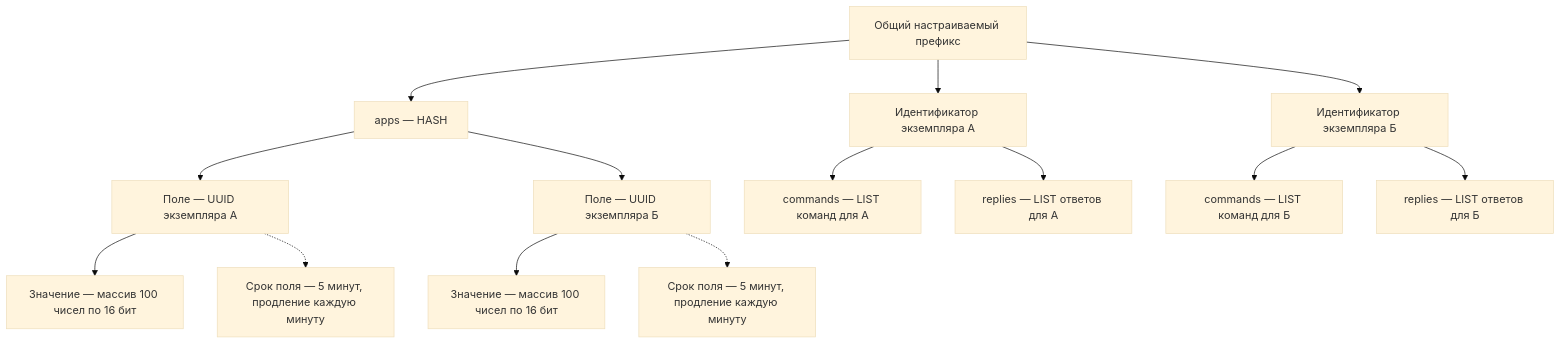
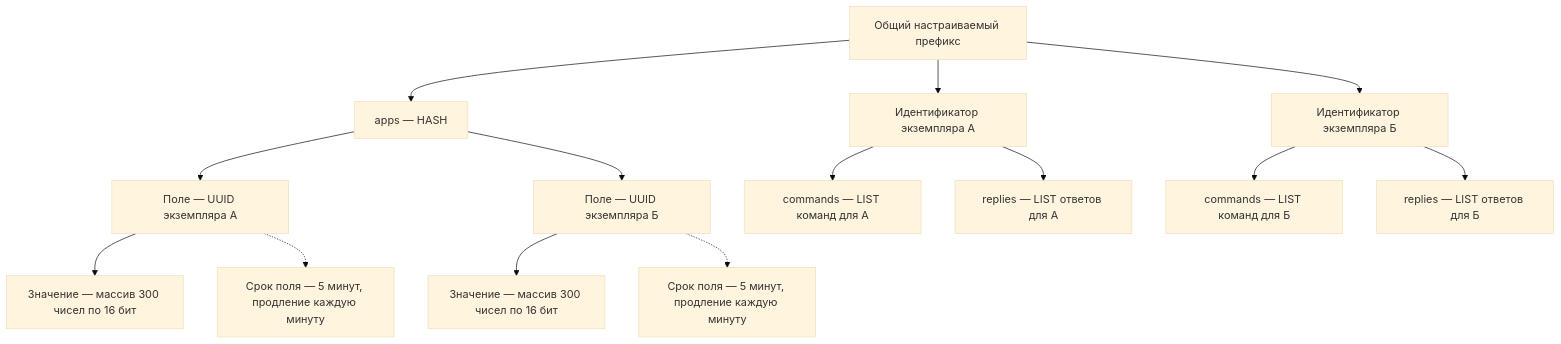
One commit to WS68/KafkaTestingREST changed the second of 2 diagrams in future/parallel-replicas.md. Above: the diagram before and after it, drawn with Mermaid (base theme). The commit also changed other lines of this file and 1 other file, not shown here.

````diff
--- a/future/parallel-replicas.md
+++ b/future/parallel-replicas.md
@@ -85,18 +94,18 @@
 ```mermaid
 flowchart TB
     Prefix[Общий настраиваемый префикс]
     Prefix --> Apps[apps — HASH]
     Apps --> FieldA[Поле — UUID экземпляра А]
     Apps --> FieldB[Поле — UUID экземпляра Б]
-    FieldA --> PointsA[Значение — массив 100 чисел по 16 бит]
-    FieldB --> PointsB[Значение — массив 100 чисел по 16 бит]
+    FieldA --> PointsA[Значение — массив 300 чисел по 16 бит]
+    FieldB --> PointsB[Значение — массив 300 чисел по 16 бит]
     FieldA -.-> TTLA[Срок поля — 5 минут, продление каждую минуту]
     FieldB -.-> TTLB[Срок поля — 5 минут, продление каждую минуту]
 
     Prefix --> NamespaceA[Идентификатор экземпляра А]
     NamespaceA --> CommandsA[commands — LIST команд для А]
     NamespaceA --> RepliesA[replies — LIST ответов для А]
     Prefix --> NamespaceB[Идентификатор экземпляра Б]
     NamespaceB --> CommandsB[commands — LIST команд для Б]
     NamespaceB --> RepliesB[replies — LIST ответов для Б]
 ```
````
